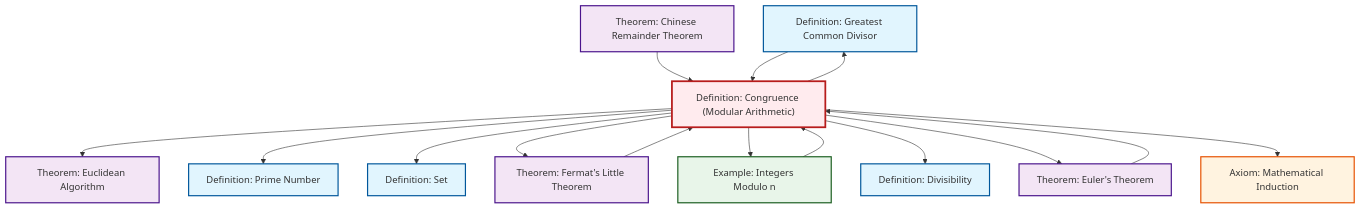
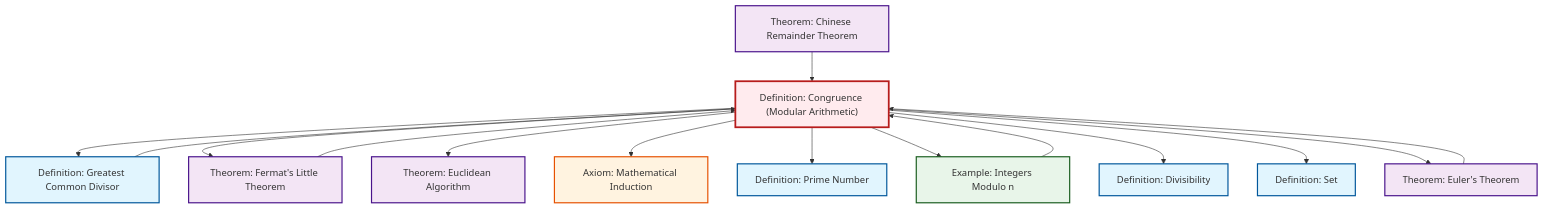
The diagram in content/en/number-theory/def-congruence.qmd (RK0429/ModernMath), drawn with Mermaid before and after one commit. The commit also changed other lines of this file and 531 other files, not shown here.

````diff
--- a/content/en/number-theory/def-congruence.qmd
+++ b/content/en/number-theory/def-congruence.qmd
@@ -122,45 +122,45 @@
 ```{mermaid}
 %%| fig-cap: "Local dependency graph"
 graph TD
     classDef definition fill:#e1f5fe,stroke:#01579b,stroke-width:2px
     classDef theorem fill:#f3e5f5,stroke:#4a148c,stroke-width:2px
     classDef axiom fill:#fff3e0,stroke:#e65100,stroke-width:2px
     classDef example fill:#e8f5e9,stroke:#1b5e20,stroke-width:2px
     classDef current fill:#ffebee,stroke:#b71c1c,stroke-width:3px
-    def-prime["Definition: Prime Number"]:::definition
+    thm-chinese-remainder["Theorem: Chinese Remainder Theorem"]:::theorem
+    def-divisibility["Definition: Divisibility"]:::definition
+    def-set["Definition: Set"]:::definition
+    ax-induction["Axiom: Mathematical Induction"]:::axiom
+    thm-euler["Theorem: Euler's Theorem"]:::theorem
+    thm-fermat-little["Theorem: Fermat's Little Theorem"]:::theorem
+    def-congruence["Definition: Congruence (Modular Arithmetic)"]:::definition
     def-gcd["Definition: Greatest Common Divisor"]:::definition
     ex-quotient-integers-mod-n["Example: Integers Modulo n"]:::example
-    def-set["Definition: Set"]:::definition
-    def-divisibility["Definition: Divisibility"]:::definition
-    thm-chinese-remainder["Theorem: Chinese Remainder Theorem"]:::theorem
-    ax-induction["Axiom: Mathematical Induction"]:::axiom
-    def-congruence["Definition: Congruence (Modular Arithmetic)"]:::definition
-    thm-euler["Theorem: Euler's Theorem"]:::theorem
-    thm-fermat-little["Theorem: Fermat's Little Theorem"]:::theorem
+    def-prime["Definition: Prime Number"]:::definition
     thm-euclidean-algorithm["Theorem: Euclidean Algorithm"]:::theorem
+    def-congruence --> def-gcd
+    def-congruence --> thm-fermat-little
+    def-gcd --> def-congruence
     thm-chinese-remainder --> def-congruence
+    def-congruence --> thm-euclidean-algorithm
+    def-congruence --> ax-induction
+    def-congruence --> def-prime
+    def-congruence --> ex-quotient-integers-mod-n
+    thm-fermat-little --> def-congruence
     ex-quotient-integers-mod-n --> def-congruence
-    def-congruence --> thm-euclidean-algorithm
-    def-congruence --> def-gcd
-    def-congruence --> def-prime
+    def-congruence --> def-divisibility
     def-congruence --> def-set
-    def-congruence --> thm-fermat-little
-    def-congruence --> ex-quotient-integers-mod-n
-    def-congruence --> def-divisibility
-    thm-fermat-little --> def-congruence
-    def-gcd --> def-congruence
     thm-euler --> def-congruence
     def-congruence --> thm-euler
-    def-congruence --> ax-induction
     class def-congruence current
-    click def-prime "def-prime.html" "Go to Prime Number definition"
-    click def-gcd "def-gcd.html" "Go to Greatest Common Divisor definition"
-    click ex-quotient-integers-mod-n "ex-quotient-integers-mod-n.html" "Go to Integers Modulo n example"
+    click thm-chinese-remainder "thm-chinese-remainder.html" "Go to Chinese Remainder Theorem theorem"
+    click def-divisibility "def-divisibility.html" "Go to Divisibility definition"
     click def-set "def-set.html" "Go to Set definition"
-    click def-divisibility "def-divisibility.html" "Go to Divisibility definition"
-    click thm-chinese-remainder "thm-chinese-remainder.html" "Go to Chinese Remainder Theorem theorem"
     click ax-induction "ax-induction.html" "Go to Mathematical Induction axiom"
     click thm-euler "thm-euler.html" "Go to Euler's Theorem theorem"
     click thm-fermat-little "thm-fermat-little.html" "Go to Fermat's Little Theorem theorem"
+    click def-gcd "def-gcd.html" "Go to Greatest Common Divisor definition"
+    click ex-quotient-integers-mod-n "ex-quotient-integers-mod-n.html" "Go to Integers Modulo n example"
+    click def-prime "def-prime.html" "Go to Prime Number definition"
     click thm-euclidean-algorithm "thm-euclidean-algorithm.html" "Go to Euclidean Algorithm theorem"
 ```
````
